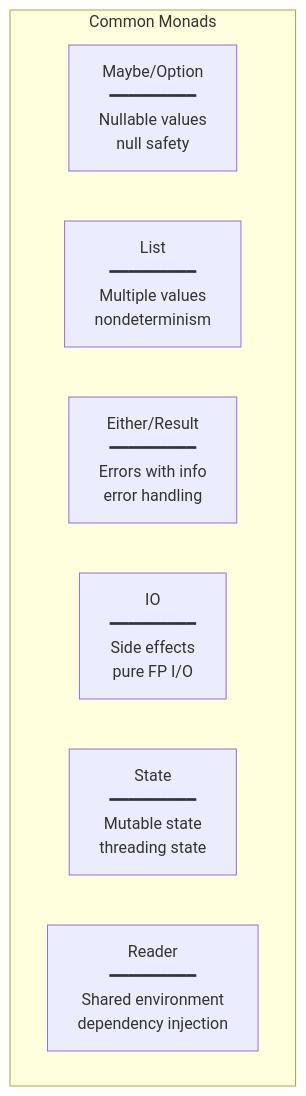
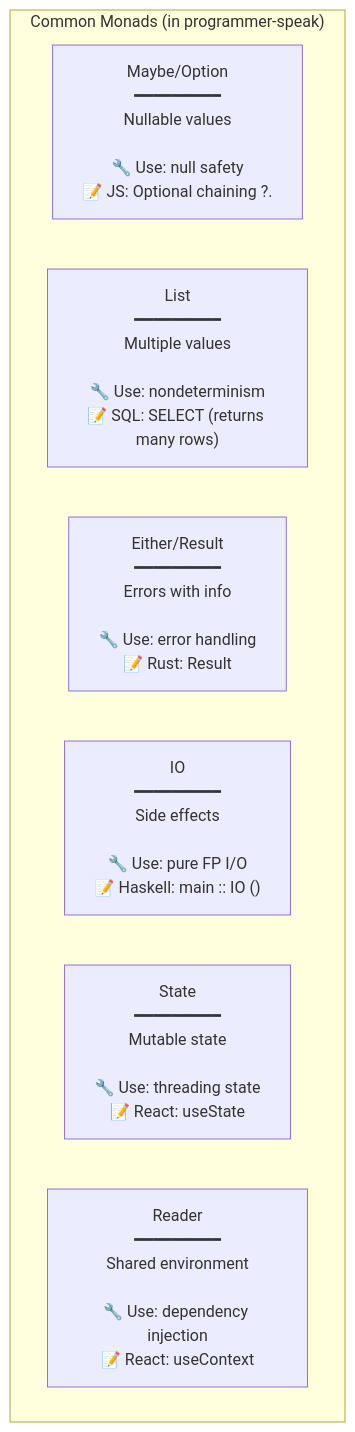
Diagram 15 of 19 in domain/science/computer-science/functional-theory/.renders/english/powerpoint-visualization.md (MSDNAndi/WorldSMEGraphs), drawn with Mermaid before and after one commit. The commit also changed other lines of this file, not shown here.

````diff
--- a/domain/science/computer-science/functional-theory/.renders/english/powerpoint-visualization.md
+++ b/domain/science/computer-science/functional-theory/.renders/english/powerpoint-visualization.md
@@ -903,11 +1003,11 @@
 ```mermaid
 flowchart TB
-    subgraph monads["Common Monads"]
-        Maybe["Maybe/Option<br/>━━━━━━━━━<br/>Nullable values<br/>null safety"]
-        List["List<br/>━━━━━━━━━<br/>Multiple values<br/>nondeterminism"]
-        Either["Either/Result<br/>━━━━━━━━━<br/>Errors with info<br/>error handling"]
-        IO["IO<br/>━━━━━━━━━<br/>Side effects<br/>pure FP I/O"]
-        State["State<br/>━━━━━━━━━<br/>Mutable state<br/>threading state"]
-        Reader["Reader<br/>━━━━━━━━━<br/>Shared environment<br/>dependency injection"]
+    subgraph monads["Common Monads (in programmer-speak)"]
+        Maybe["Maybe/Option<br/>━━━━━━━━━<br/>Nullable values<br/><br/>🔧 Use: null safety<br/>📝 JS: Optional chaining ?."]
+        List["List<br/>━━━━━━━━━<br/>Multiple values<br/><br/>🔧 Use: nondeterminism<br/>📝 SQL: SELECT (returns many rows)"]
+        Either["Either/Result<br/>━━━━━━━━━<br/>Errors with info<br/><br/>🔧 Use: error handling<br/>📝 Rust: Result<T, E>"]
+        IO["IO<br/>━━━━━━━━━<br/>Side effects<br/><br/>🔧 Use: pure FP I/O<br/>📝 Haskell: main :: IO ()"]
+        State["State<br/>━━━━━━━━━<br/>Mutable state<br/><br/>🔧 Use: threading state<br/>📝 React: useState"]
+        Reader["Reader<br/>━━━━━━━━━<br/>Shared environment<br/><br/>🔧 Use: dependency injection<br/>📝 React: useContext"]
     end
 ```
````
